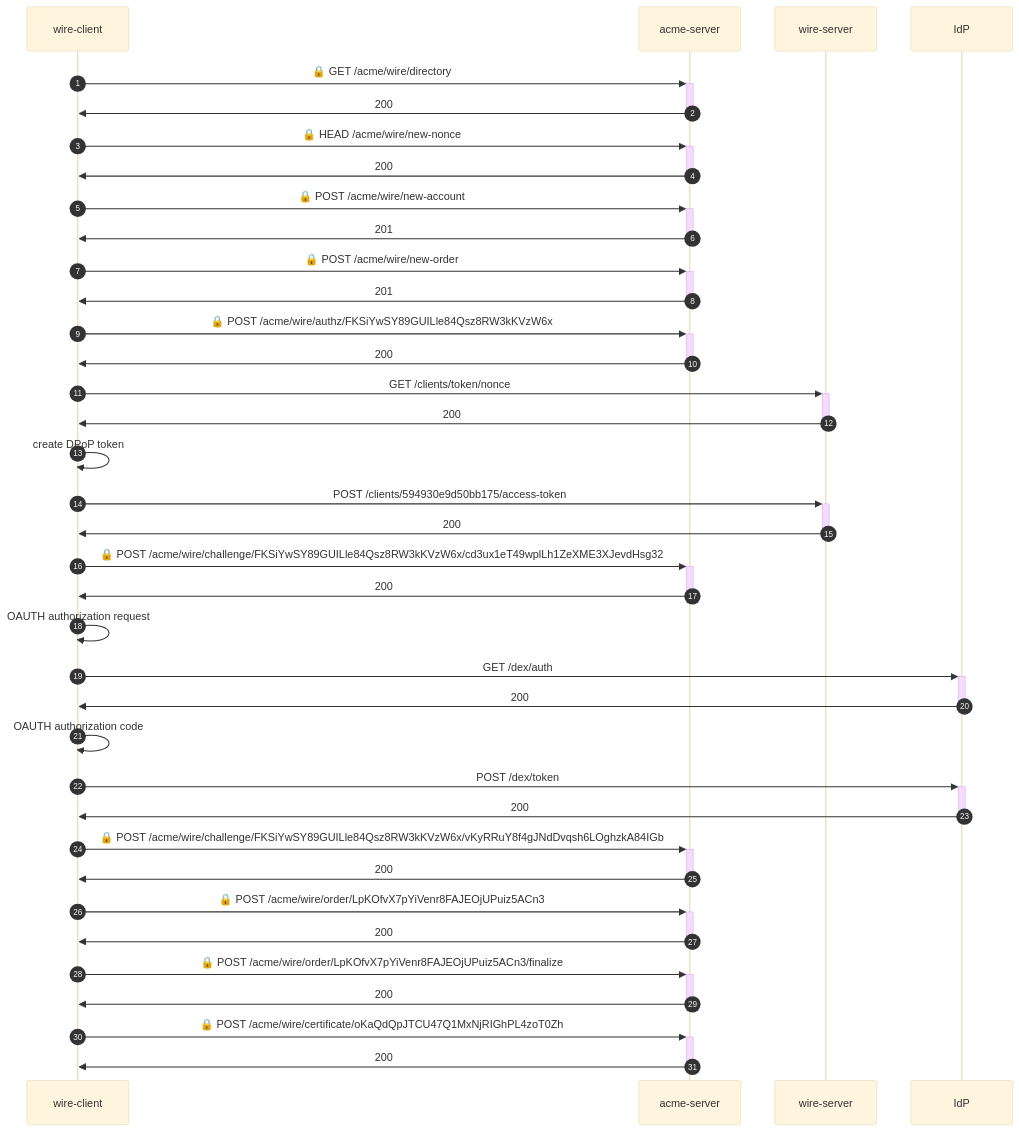
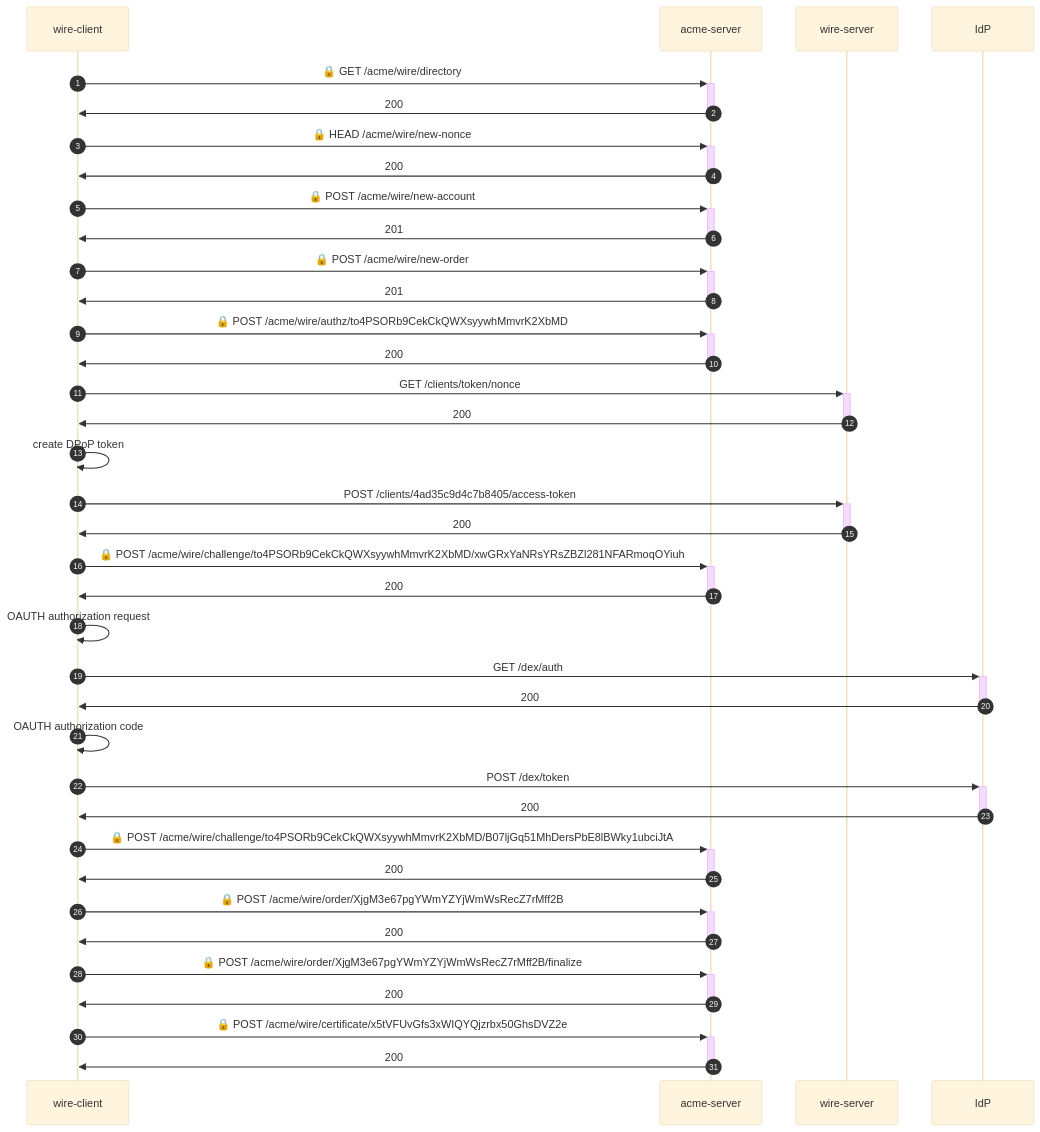
One commit to wireapp/rusty-jwt-tools changed the diagram in e2e-identity/README.md. Above: the diagram before and after it, drawn with Mermaid (base theme). The commit also changed other lines of this file and 30 other files, not shown here.

````diff
--- a/e2e-identity/README.md
+++ b/e2e-identity/README.md
@@ -3,35 +3,35 @@
 ```mermaid
 sequenceDiagram
     autonumber
     wire-client->>+acme-server: 🔒 GET /acme/wire/directory
     acme-server->>-wire-client: 200
     wire-client->>+acme-server: 🔒 HEAD /acme/wire/new-nonce
     acme-server->>-wire-client: 200
     wire-client->>+acme-server: 🔒 POST /acme/wire/new-account
     acme-server->>-wire-client: 201
     wire-client->>+acme-server: 🔒 POST /acme/wire/new-order
     acme-server->>-wire-client: 201
-    wire-client->>+acme-server: 🔒 POST /acme/wire/authz/FKSiYwSY89GUILle84Qsz8RW3kKVzW6x
+    wire-client->>+acme-server: 🔒 POST /acme/wire/authz/to4PSORb9CekCkQWXsyywhMmvrK2XbMD
     acme-server->>-wire-client: 200
     wire-client->>+wire-server:  GET /clients/token/nonce
     wire-server->>-wire-client: 200
     wire-client->>wire-client: create DPoP token
-    wire-client->>+wire-server:  POST /clients/594930e9d50bb175/access-token
+    wire-client->>+wire-server:  POST /clients/4ad35c9d4c7b8405/access-token
     wire-server->>-wire-client: 200
-    wire-client->>+acme-server: 🔒 POST /acme/wire/challenge/FKSiYwSY89GUILle84Qsz8RW3kKVzW6x/cd3ux1eT49wplLh1ZeXME3XJevdHsg32
+    wire-client->>+acme-server: 🔒 POST /acme/wire/challenge/to4PSORb9CekCkQWXsyywhMmvrK2XbMD/xwGRxYaNRsYRsZBZl281NFARmoqOYiuh
     acme-server->>-wire-client: 200
     wire-client->>wire-client: OAUTH authorization request
     wire-client->>+IdP:  GET /dex/auth
     IdP->>-wire-client: 200
     wire-client->>wire-client: OAUTH authorization code
     wire-client->>+IdP:  POST /dex/token
     IdP->>-wire-client: 200
-    wire-client->>+acme-server: 🔒 POST /acme/wire/challenge/FKSiYwSY89GUILle84Qsz8RW3kKVzW6x/vKyRRuY8f4gJNdDvqsh6LOghzkA84IGb
+    wire-client->>+acme-server: 🔒 POST /acme/wire/challenge/to4PSORb9CekCkQWXsyywhMmvrK2XbMD/B07ljGq51MhDersPbE8lBWky1ubciJtA
     acme-server->>-wire-client: 200
-    wire-client->>+acme-server: 🔒 POST /acme/wire/order/LpKOfvX7pYiVenr8FAJEOjUPuiz5ACn3
+    wire-client->>+acme-server: 🔒 POST /acme/wire/order/XjgM3e67pgYWmYZYjWmWsRecZ7rMff2B
     acme-server->>-wire-client: 200
-    wire-client->>+acme-server: 🔒 POST /acme/wire/order/LpKOfvX7pYiVenr8FAJEOjUPuiz5ACn3/finalize
+    wire-client->>+acme-server: 🔒 POST /acme/wire/order/XjgM3e67pgYWmYZYjWmWsRecZ7rMff2B/finalize
     acme-server->>-wire-client: 200
-    wire-client->>+acme-server: 🔒 POST /acme/wire/certificate/oKaQdQpJTCU47Q1MxNjRIGhPL4zoT0Zh
+    wire-client->>+acme-server: 🔒 POST /acme/wire/certificate/x5tVFUvGfs3xWIQYQjzrbx50GhsDVZ2e
     acme-server->>-wire-client: 200
 ```
````
